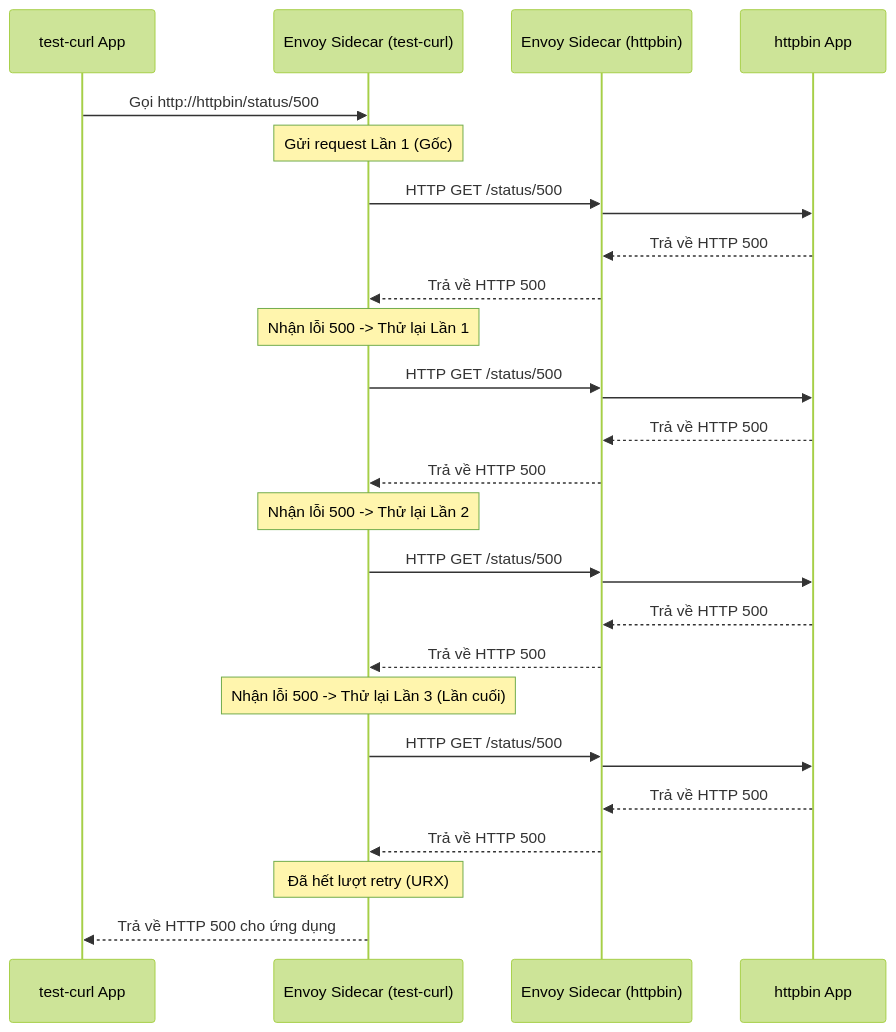
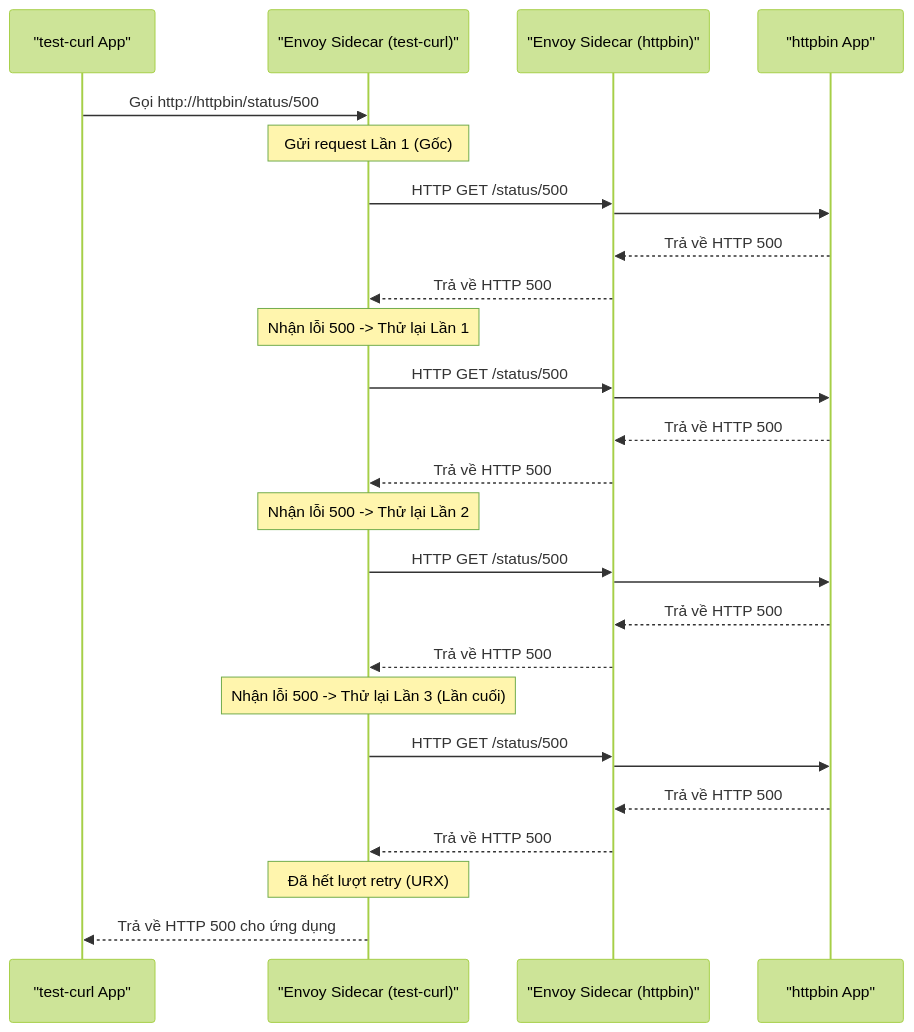
The second of 2 diagrams in docs/service-mesh.md (23120357/yas-gitops), drawn with Mermaid (forest theme) before and after one commit. The commit also changed other lines of this file, not shown here.

Commit message:
feat: fix docs service mesh

````diff
--- a/docs/service-mesh.md
+++ b/docs/service-mesh.md
@@ -73,36 +73,36 @@
 ```mermaid
 sequenceDiagram
-    participant User as test-curl App
-    participant EnvoyClient as Envoy Sidecar (test-curl)
-    participant EnvoyServer as Envoy Sidecar (httpbin)
-    participant Httpbin as httpbin App
+    participant User as "test-curl App"
+    participant EnvoyClient as "Envoy Sidecar (test-curl)"
+    participant EnvoyServer as "Envoy Sidecar (httpbin)"
+    participant Httpbin as "httpbin App"
 
     User->>EnvoyClient: Gọi http://httpbin/status/500
     
     Note over EnvoyClient: Gửi request Lần 1 (Gốc)
     EnvoyClient->>EnvoyServer: HTTP GET /status/500
     EnvoyServer->>Httpbin: 
     Httpbin-->>EnvoyServer: Trả về HTTP 500
     EnvoyServer-->>EnvoyClient: Trả về HTTP 500
     
     Note over EnvoyClient: Nhận lỗi 500 -> Thử lại Lần 1
     EnvoyClient->>EnvoyServer: HTTP GET /status/500
     EnvoyServer->>Httpbin: 
     Httpbin-->>EnvoyServer: Trả về HTTP 500
     EnvoyServer-->>EnvoyClient: Trả về HTTP 500
 
     Note over EnvoyClient: Nhận lỗi 500 -> Thử lại Lần 2
     EnvoyClient->>EnvoyServer: HTTP GET /status/500
     EnvoyServer->>Httpbin: 
     Httpbin-->>EnvoyServer: Trả về HTTP 500
     EnvoyServer-->>EnvoyClient: Trả về HTTP 500
 
     Note over EnvoyClient: Nhận lỗi 500 -> Thử lại Lần 3 (Lần cuối)
     EnvoyClient->>EnvoyServer: HTTP GET /status/500
     EnvoyServer->>Httpbin: 
     Httpbin-->>EnvoyServer: Trả về HTTP 500
     EnvoyServer-->>EnvoyClient: Trả về HTTP 500
 
     Note over EnvoyClient: Đã hết lượt retry (URX)
     EnvoyClient-->>User: Trả về HTTP 500 cho ứng dụng
 ```
````
